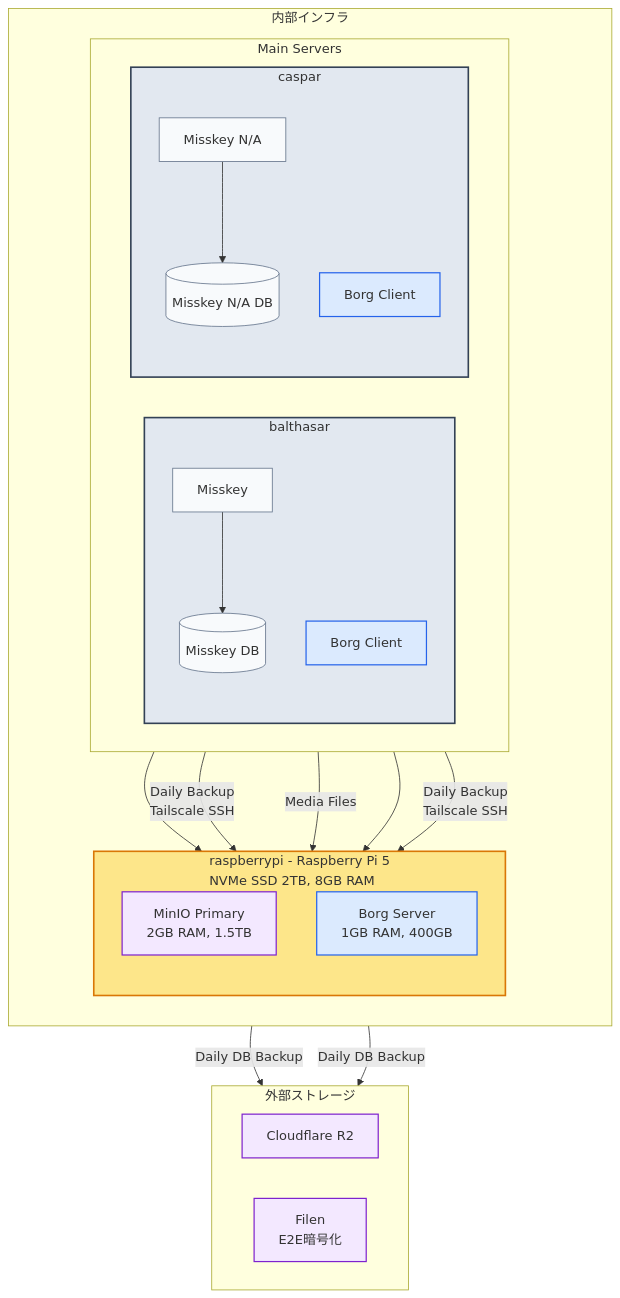
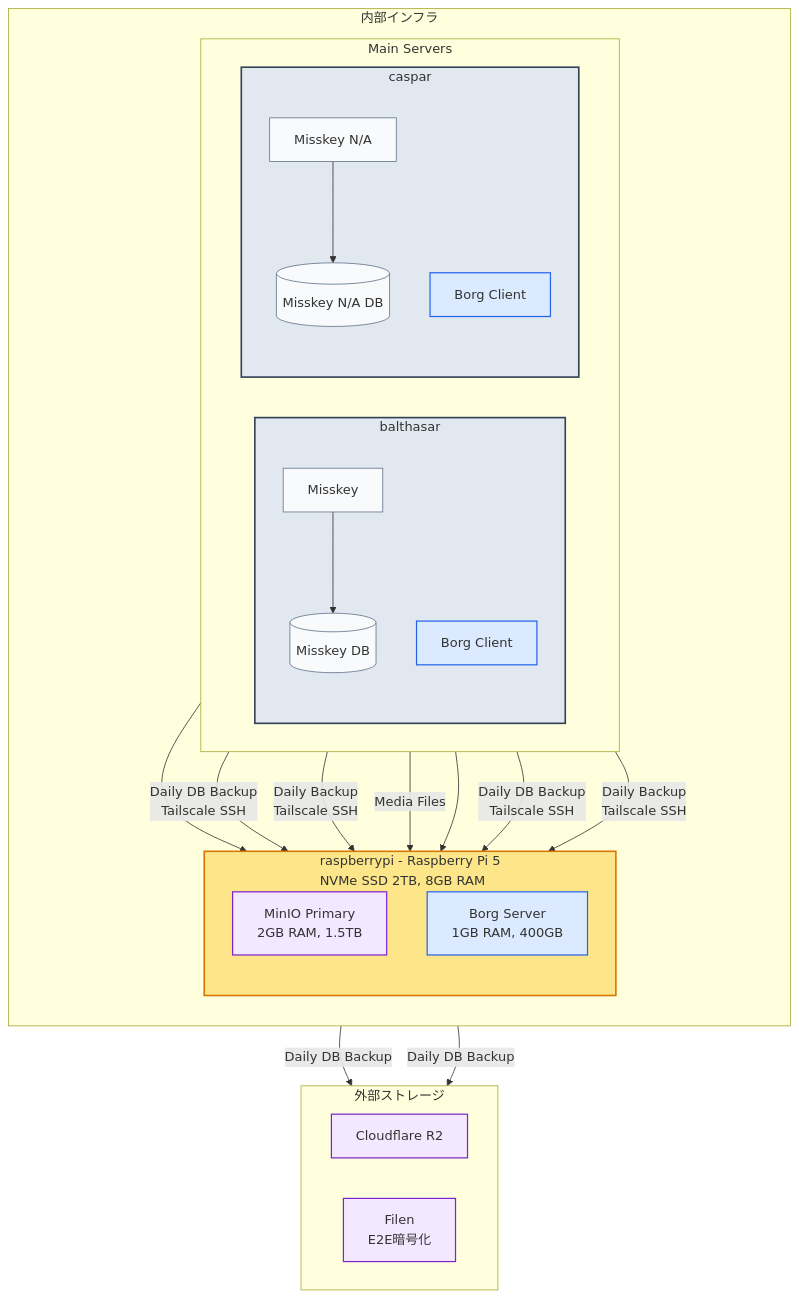
One commit to yamisskey-dev/hosted-list changed the third of 4 diagrams in README.md. Above: the diagram before and after it, drawn with Mermaid.

````diff
--- a/README.md
+++ b/README.md
@@ -217,71 +217,75 @@
 ```mermaid
 graph TB
 %% Style definitions
 classDef homeServer fill:#e2e8f0,stroke:#334155,stroke-width:2px
 classDef service fill:#f8fafc,stroke:#64748b,stroke-width:1px
 classDef backup fill:#dbeafe,stroke:#2563eb,stroke-width:1.5px
 classDef storage fill:#f3e8ff,stroke:#7e22ce,stroke-width:1.5px
 classDef rpi fill:#fde68a,stroke:#d97706,stroke-width:2px
 
 %% External storage services
 subgraph external[外部ストレージ]
    direction LR
    r2[Cloudflare R2]:::storage
    filen[Filen\nE2E暗号化]:::storage
 end
 
 %% Support Infrastructure 
 subgraph internal[内部インフラ]
    direction TB
    
    %% Raspberry Pi with MinIO and Backup
    subgraph raspi[raspberrypi - Raspberry Pi 5<br/>NVMe SSD 2TB, 8GB RAM]
        direction TB
        minio_main[MinIO Primary<br/>2GB RAM, 1.5TB]:::storage
        borg_server[Borg Server<br/>1GB RAM, 400GB]:::backup
    end
    
    %% Main servers with backup clients
    subgraph main_servers[Main Servers]
        direction LR
        
        subgraph balthasar[balthasar]
            direction TB
            yamisskey[Misskey]:::service
            yamisskey_db[(Misskey DB)]:::service
            borg_client_b[Borg Client]:::backup
        end
        
        subgraph caspar[caspar]
            direction TB
            nayamisskey[Misskey N/A]:::service
            nayamisskey_db[(Misskey N/A DB)]:::service
            borg_client_c[Borg Client]:::backup
        end
    end
 end
 
 %% Internal service connections
 yamisskey --> yamisskey_db
 yamisskey --> minio_main
 nayamisskey --> nayamisskey_db
 nayamisskey --> minio_main
 
 %% DB backup connections to external storage
 yamisskey_db -- "Daily DB Backup" --> r2
 nayamisskey_db -- "Daily DB Backup" --> r2
 
+%% DB backup connections to raspberry pi
+yamisskey_db -- "Daily DB Backup<br/>Tailscale SSH" --> borg_server
+nayamisskey_db -- "Daily DB Backup<br/>Tailscale SSH" --> borg_server
+
 %% Borg backup connections (All to raspberrypi)
 borg_client_b -- "Daily Backup<br/>Tailscale SSH" --> borg_server
 borg_client_c -- "Daily Backup<br/>Tailscale SSH" --> borg_server
 
 %% MinIO connections
 yamisskey_db -- "Media Files" --> minio_main
 
 %% Apply styles
 class balthasar,caspar homeServer
 class raspi rpi
 class yamisskey,nayamisskey,yamisskey_db,nayamisskey_db service
 class borg_client_b,borg_client_c,borg_server backup
 class r2,filen,minio_main storage
 ```
````
